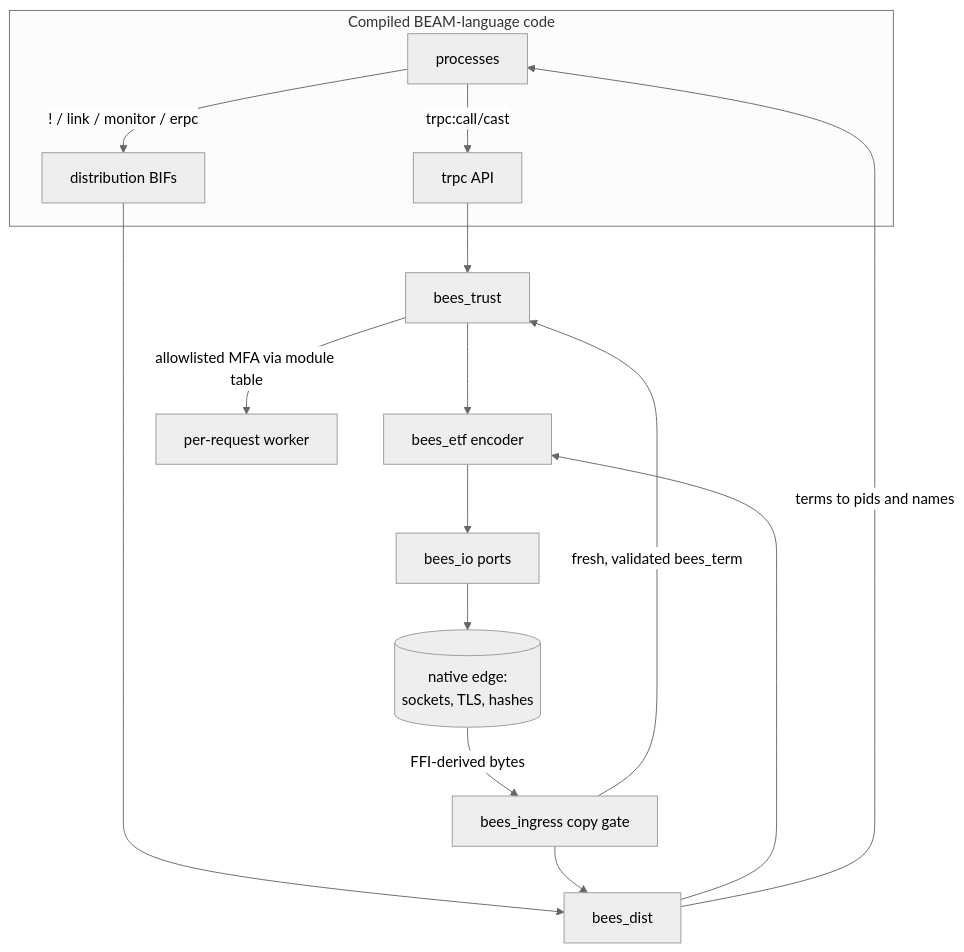
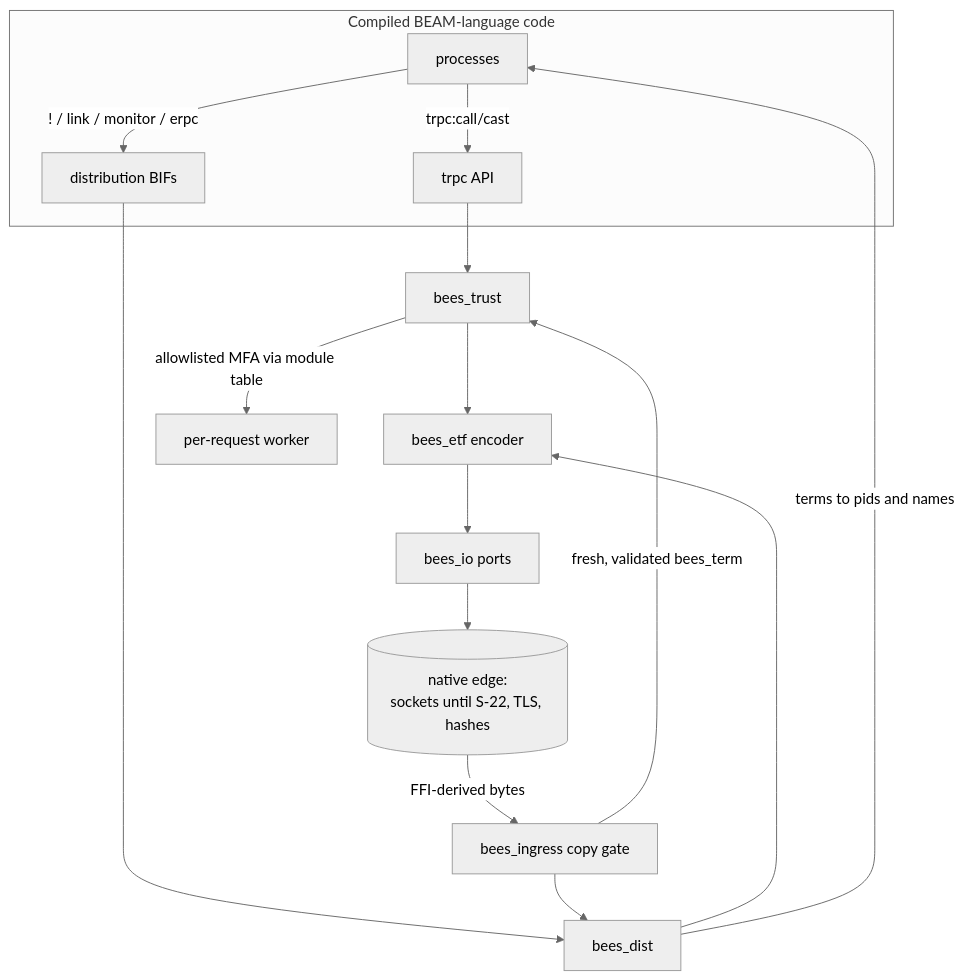
The first of 2 diagrams in development-plan/inter-nodal-modes.md (yenrab/project-bees), drawn with Mermaid (neutral theme) before and after one commit. The commit also changed other lines of this file and 4 other files, not shown here.

````diff
--- a/development-plan/inter-nodal-modes.md
+++ b/development-plan/inter-nodal-modes.md
@@ -35,18 +36,18 @@
 ```mermaid
 graph TD
   subgraph "Compiled BEAM-language code"
     APP[processes] -->|trpc:call/cast| TRPC[trpc API]
     APP -->|"! / link / monitor / erpc"| DBIF[distribution BIFs]
   end
   TRPC --> TR[bees_trust]
   DBIF --> DI[bees_dist]
   TR --> CODEC[bees_etf encoder]
   DI --> CODEC
   CODEC --> IO[bees_io ports]
-  IO --> EDGE[(native edge:<br/>sockets, TLS, hashes)]
+  IO --> EDGE[(native edge:<br/>sockets until S-22, TLS, hashes)]
   EDGE -->|FFI-derived bytes| GATE[bees_ingress copy gate]
   GATE -->|fresh, validated bees_term| TR
   GATE --> DI
   TR -->|allowlisted MFA via module table| W[per-request worker]
   DI -->|terms to pids and names| APP
 ```
````
